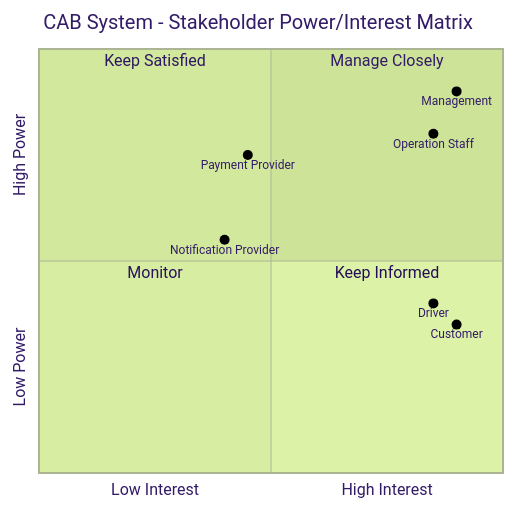
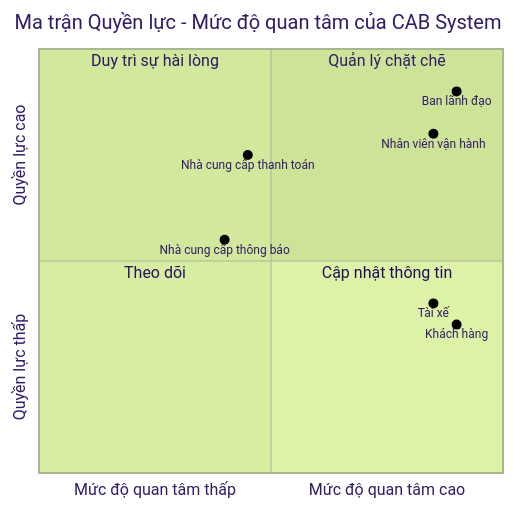
The diagram in srs.md (ngoclinh090608-wq/23707801_Nguyen-Thi-Ngoc-Linh_CABSYSTEM), drawn with Mermaid (forest theme) before and after one commit. The commit also changed other lines of this file, not shown here.

Commit message:
stakeholder matrix
=

````diff
--- a/srs.md
+++ b/srs.md
@@ -8,18 +10,18 @@
 ```mermaid
 quadrantChart
-    title CAB System - Stakeholder Power/Interest Matrix
-    x-axis Low Interest --> High Interest
-    y-axis Low Power --> High Power
+    title Ma trận Quyền lực - Mức độ quan tâm của CAB System
+    x-axis Mức độ quan tâm thấp --> Mức độ quan tâm cao
+    y-axis Quyền lực thấp --> Quyền lực cao
 
-    quadrant-1 Manage Closely
-    quadrant-2 Keep Satisfied
-    quadrant-3 Monitor
-    quadrant-4 Keep Informed
+    quadrant-1 Quản lý chặt chẽ
+    quadrant-2 Duy trì sự hài lòng
+    quadrant-3 Theo dõi
+    quadrant-4 Cập nhật thông tin
 
-    Management: [0.90, 0.90]
-    Operation Staff: [0.85, 0.80]
-    Payment Provider: [0.45, 0.75]
-    Notification Provider: [0.40, 0.55]
-    Customer: [0.90, 0.35]
-    Driver: [0.85, 0.40]
+    Ban lãnh đạo: [0.90, 0.90]
+    Nhân viên vận hành: [0.85, 0.80]
+    Nhà cung cấp thanh toán: [0.45, 0.75]
+    Nhà cung cấp thông báo: [0.40, 0.55]
+    Khách hàng: [0.90, 0.35]
+    Tài xế: [0.85, 0.40]
 ```
````
